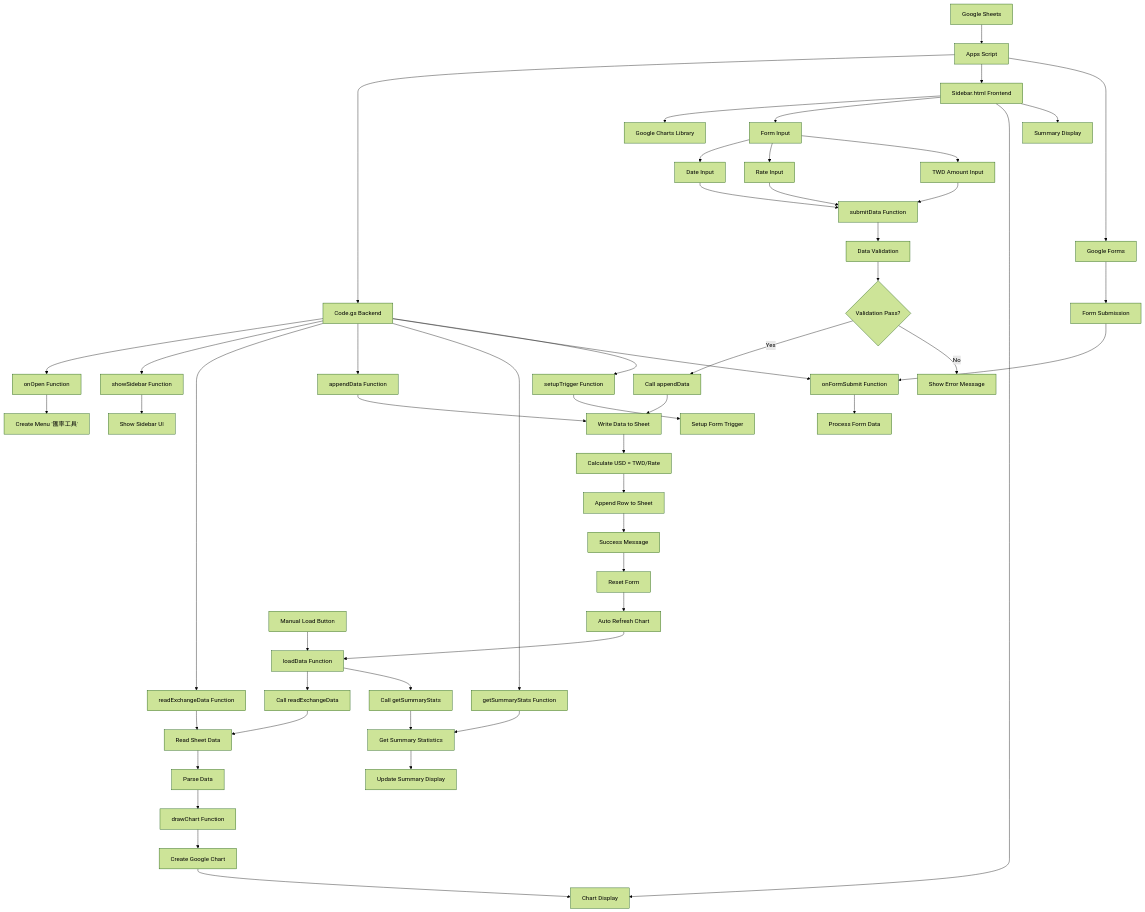
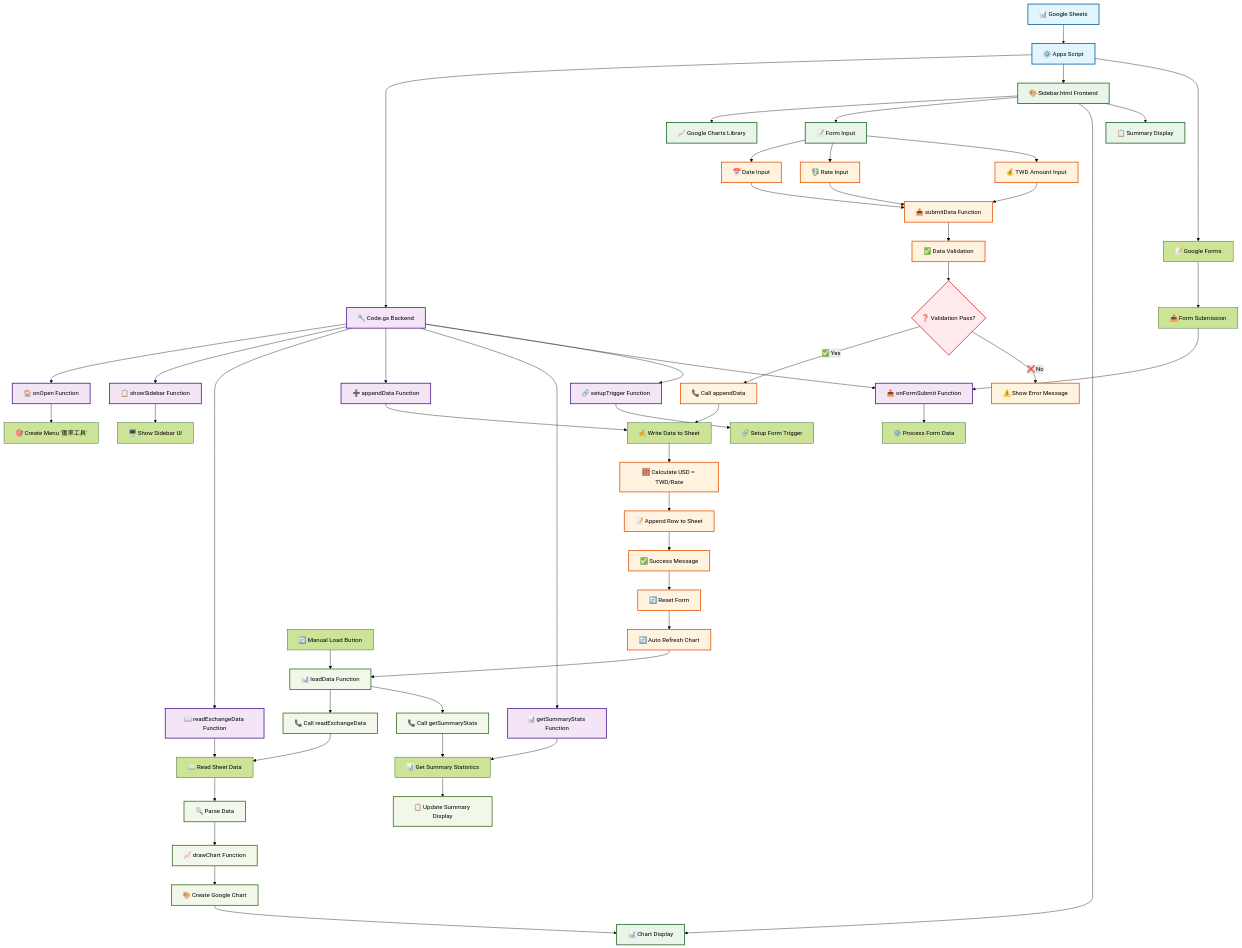
The first of 3 diagrams in README.md (DanielHo-BS/ExchangeRateDashboard), drawn with Mermaid (forest theme) before and after one commit. The commit also changed other lines of this file, not shown here.

First line of the commit message:
Enhance README.md with improved visual elements and flowchart annotations

````diff
--- a/README.md
+++ b/README.md
@@ -72,64 +72,89 @@
 ```mermaid
 graph TD
-    A[Google Sheets] --> B[Apps Script]
-    B --> C[Code.gs Backend]
-    B --> D[Sidebar.html Frontend]
-    B --> E[Google Forms]
+    %% 主要系統組件
+    A[📊 Google Sheets] --> B[⚙️ Apps Script]
+    B --> C[🔧 Code.gs Backend]
+    B --> D[🎨 Sidebar.html Frontend]
+    B --> E[📝 Google Forms]
     
-    C --> F[onOpen Function]
-    C --> G[showSidebar Function]
-    C --> H[readExchangeData Function]
-    C --> I[appendData Function]
-    C --> J[getSummaryStats Function]
-    C --> K[onFormSubmit Function]
-    C --> L[setupTrigger Function]
+    %% 後端功能模組
+    C --> F[🏠 onOpen Function]
+    C --> G[📋 showSidebar Function]
+    C --> H[📖 readExchangeData Function]
+    C --> I[➕ appendData Function]
+    C --> J[📊 getSummaryStats Function]
+    C --> K[📤 onFormSubmit Function]
+    C --> L[🔗 setupTrigger Function]
     
-    D --> M[Google Charts Library]
-    D --> N[Form Input]
-    D --> O[Chart Display]
-    D --> P[Summary Display]
+    %% 前端功能模組
+    D --> M[📈 Google Charts Library]
+    D --> N[📝 Form Input]
+    D --> O[📊 Chart Display]
+    D --> P[📋 Summary Display]
     
-    E --> Q[Form Submission]
+    %% Form 整合
+    E --> Q[📤 Form Submission]
     Q --> K
     
-    F --> R[Create Menu '匯率工具']
-    G --> S[Show Sidebar UI]
-    H --> T[Read Sheet Data]
-    I --> U[Write Data to Sheet]
-    J --> V[Get Summary Statistics]
-    K --> W[Process Form Data]
-    L --> X[Setup Form Trigger]
+    %% 功能實現
+    F --> R[🎯 Create Menu '匯率工具']
+    G --> S[🖥️ Show Sidebar UI]
+    H --> T[📖 Read Sheet Data]
+    I --> U[✍️ Write Data to Sheet]
+    J --> V[📊 Get Summary Statistics]
+    K --> W[⚙️ Process Form Data]
+    L --> X[🔗 Setup Form Trigger]
     
-    N --> Y[Date Input]
-    N --> Z[Rate Input]
-    N --> AA[TWD Amount Input]
+    %% 資料輸入流程
+    N --> Y[📅 Date Input]
+    N --> Z[💱 Rate Input]
+    N --> AA[💰 TWD Amount Input]
     
-    Y --> BB[submitData Function]
+    Y --> BB[📤 submitData Function]
     Z --> BB
     AA --> BB
     
-    BB --> CC[Data Validation]
-    CC --> DD{Validation Pass?}
-    DD -->|Yes| EE[Call appendData]
-    DD -->|No| FF[Show Error Message]
+    %% 驗證流程
+    BB --> CC[✅ Data Validation]
+    CC --> DD{❓ Validation Pass?}
+    DD -->|✅ Yes| EE[📞 Call appendData]
+    DD -->|❌ No| FF[⚠️ Show Error Message]
     
+    %% 資料處理流程
     EE --> U
-    U --> GG[Calculate USD = TWD/Rate]
-    GG --> HH[Append Row to Sheet]
-    HH --> II[Success Message]
-    II --> JJ[Reset Form]
-    JJ --> KK[Auto Refresh Chart]
+    U --> GG[🧮 Calculate USD = TWD/Rate]
+    GG --> HH[📝 Append Row to Sheet]
+    HH --> II[✅ Success Message]
+    II --> JJ[🔄 Reset Form]
+    JJ --> KK[🔄 Auto Refresh Chart]
     
-    KK --> LL[loadData Function]
-    LL --> MM[Call readExchangeData]
-    LL --> NN[Call getSummaryStats]
+    %% 圖表更新流程
+    KK --> LL[📊 loadData Function]
+    LL --> MM[📞 Call readExchangeData]
+    LL --> NN[📞 Call getSummaryStats]
     MM --> T
     NN --> V
-    T --> OO[Parse Data]
-    V --> PP[Update Summary Display]
-    OO --> QQ[drawChart Function]
-    QQ --> RR[Create Google Chart]
+    T --> OO[🔍 Parse Data]
+    V --> PP[📋 Update Summary Display]
+    OO --> QQ[📈 drawChart Function]
+    QQ --> RR[🎨 Create Google Chart]
     RR --> O
     
-    SS[Manual Load Button] --> LL
+    %% 手動載入
+    SS[🔄 Manual Load Button] --> LL
+    
+    %% 樣式設定
+    classDef systemComponent fill:#e1f5fe,stroke:#01579b,stroke-width:2px
+    classDef backendFunction fill:#f3e5f5,stroke:#4a148c,stroke-width:2px
+    classDef frontendFunction fill:#e8f5e8,stroke:#1b5e20,stroke-width:2px
+    classDef dataFlow fill:#fff3e0,stroke:#e65100,stroke-width:2px
+    classDef validationNode fill:#ffebee,stroke:#c62828,stroke-width:2px
+    classDef chartNode fill:#f1f8e9,stroke:#33691e,stroke-width:2px
+    
+    class A,B systemComponent
+    class C,F,G,H,I,J,K,L backendFunction
+    class D,M,N,O,P frontendFunction
+    class Y,Z,AA,BB,CC,DD,EE,FF,GG,HH,II,JJ,KK dataFlow
+    class DD validationNode
+    class LL,MM,NN,OO,PP,QQ,RR chartNode
 ```
````
